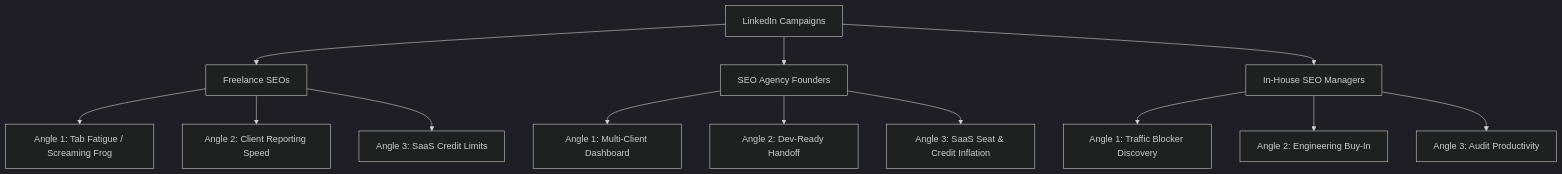
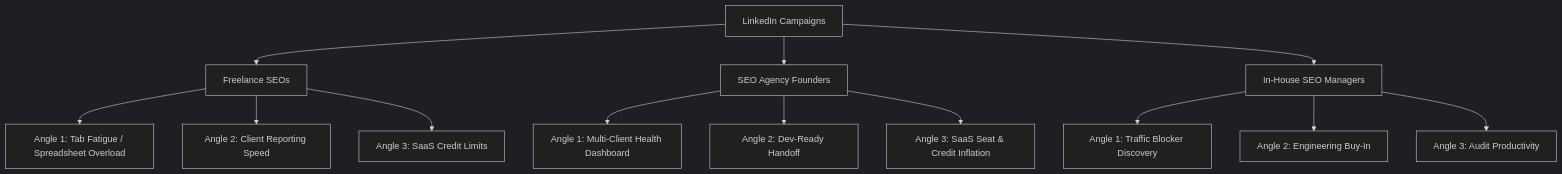
Before and after one commit to DigiAshit/crawlbeast: the diagram in .agents/linkedin-campaign.md, drawn with Mermaid (dark theme). The commit also changed other lines of this file, not shown here.

````diff
--- a/.agents/linkedin-campaign.md
+++ b/.agents/linkedin-campaign.md
@@ -13,18 +13,18 @@
 ```mermaid
 graph TD
     A[LinkedIn Campaigns] --> B[Freelance SEOs]
     A --> C[SEO Agency Founders]
     A --> D[In-House SEO Managers]
 
-    B --> B1[Angle 1: Tab Fatigue / Screaming Frog]
+    B --> B1[Angle 1: Tab Fatigue / Spreadsheet Overload]
     B --> B2[Angle 2: Client Reporting Speed]
     B --> B3[Angle 3: SaaS Credit Limits]
 
-    C --> C1[Angle 1: Multi-Client Dashboard]
+    C --> C1[Angle 1: Multi-Client Health Dashboard]
     C --> C2[Angle 2: Dev-Ready Handoff]
     C --> C3[Angle 3: SaaS Seat & Credit Inflation]
 
     D --> D1[Angle 1: Traffic Blocker Discovery]
     D --> D2[Angle 2: Engineering Buy-In]
     D --> D3[Angle 3: Audit Productivity]
 ```
````
